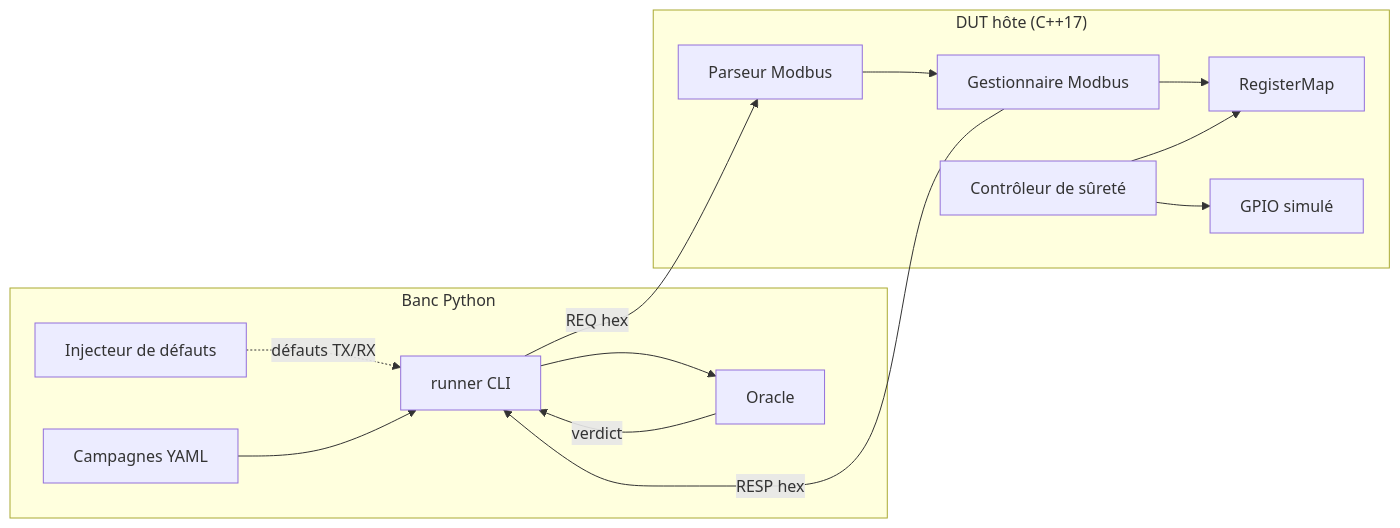
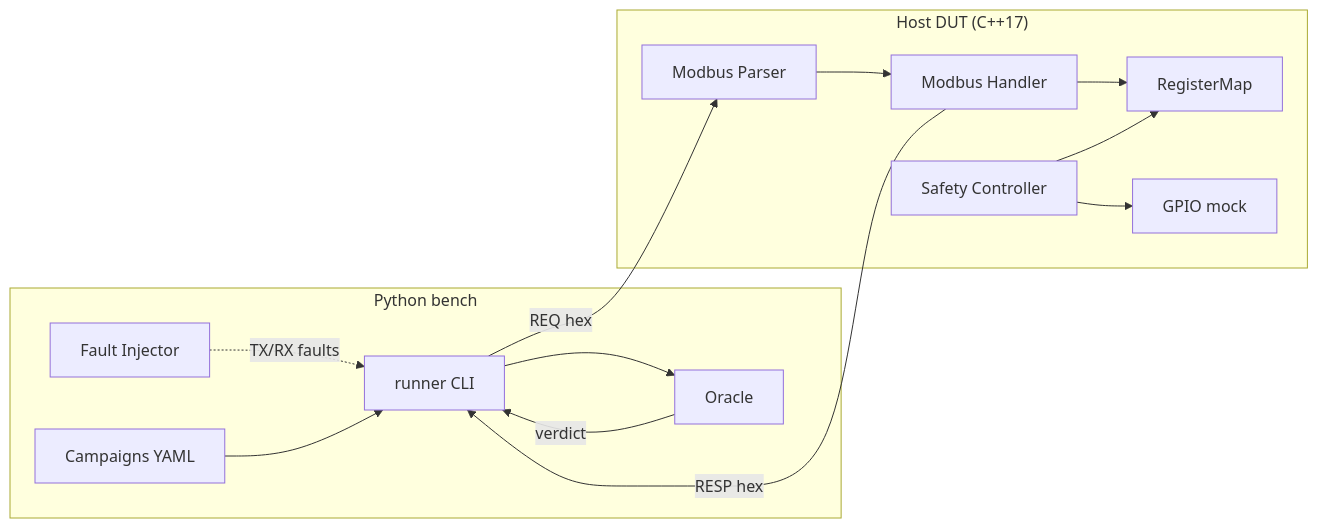
Before and after one commit to mael51/RTU-FaultLab: the first of 2 diagrams in README.md, drawn with Mermaid. The commit also changed other lines of this file, not shown here.

````diff
--- a/README.md
+++ b/README.md
@@ -35,26 +34,26 @@
 ```mermaid
 flowchart LR
-    subgraph Bench["Banc Python"]
+    subgraph Bench["Python bench"]
         CLI[runner CLI]
         OR[Oracle]
-        CAM[Campagnes YAML]
-        INJ[Injecteur de défauts]
+        CAM[Campaigns YAML]
+        INJ[Fault Injector]
     end
-    subgraph DUT["DUT hôte (C++17)"]
-        MP[Parseur Modbus]
-        MH[Gestionnaire Modbus]
+    subgraph DUT["Host DUT (C++17)"]
+        MP[Modbus Parser]
+        MH[Modbus Handler]
         RM[RegisterMap]
-        SC[Contrôleur de sûreté]
-        GM[GPIO simulé]
+        SC[Safety Controller]
+        GM[GPIO mock]
     end
     CLI -->|REQ hex| MP
     MH -->|RESP hex| CLI
     MP --> MH
     MH --> RM
     SC --> RM
     SC --> GM
-    INJ -.->|défauts TX/RX| CLI
+    INJ -.->|TX/RX faults| CLI
     CAM --> CLI
     CLI --> OR
     OR -->|verdict| CLI
 ```
````
